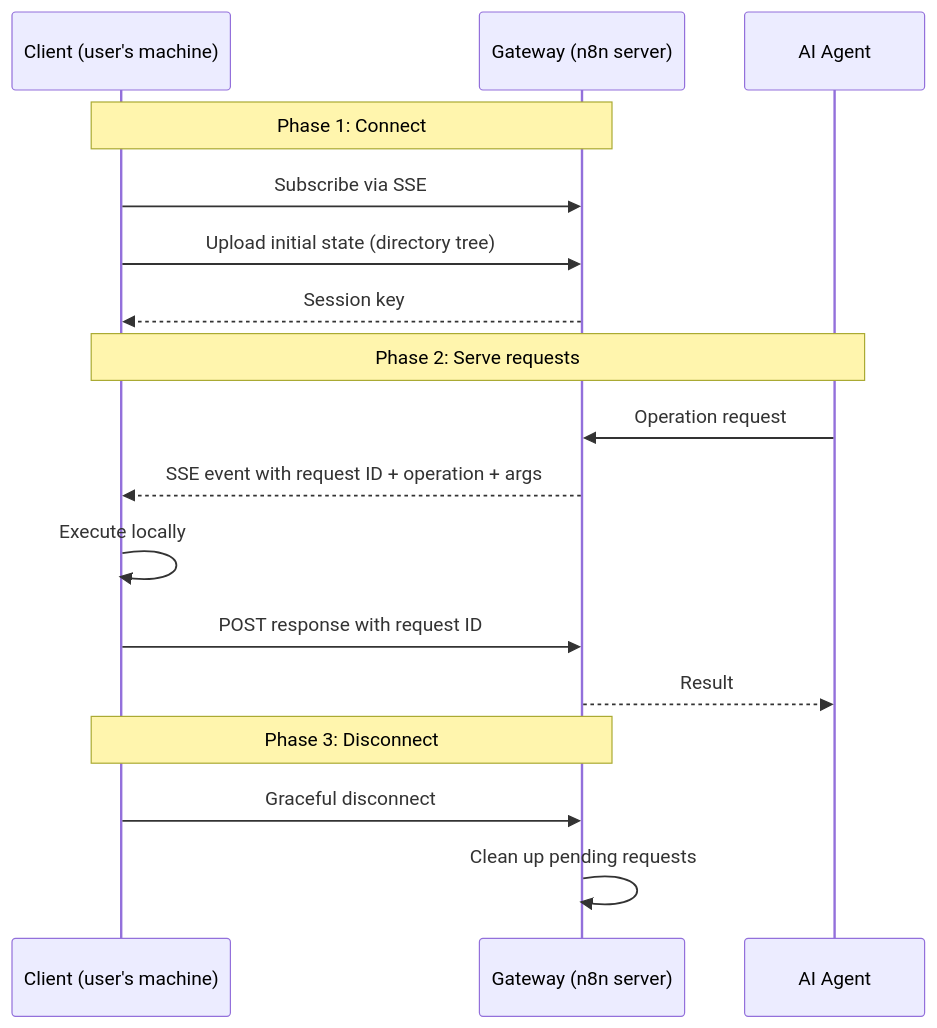
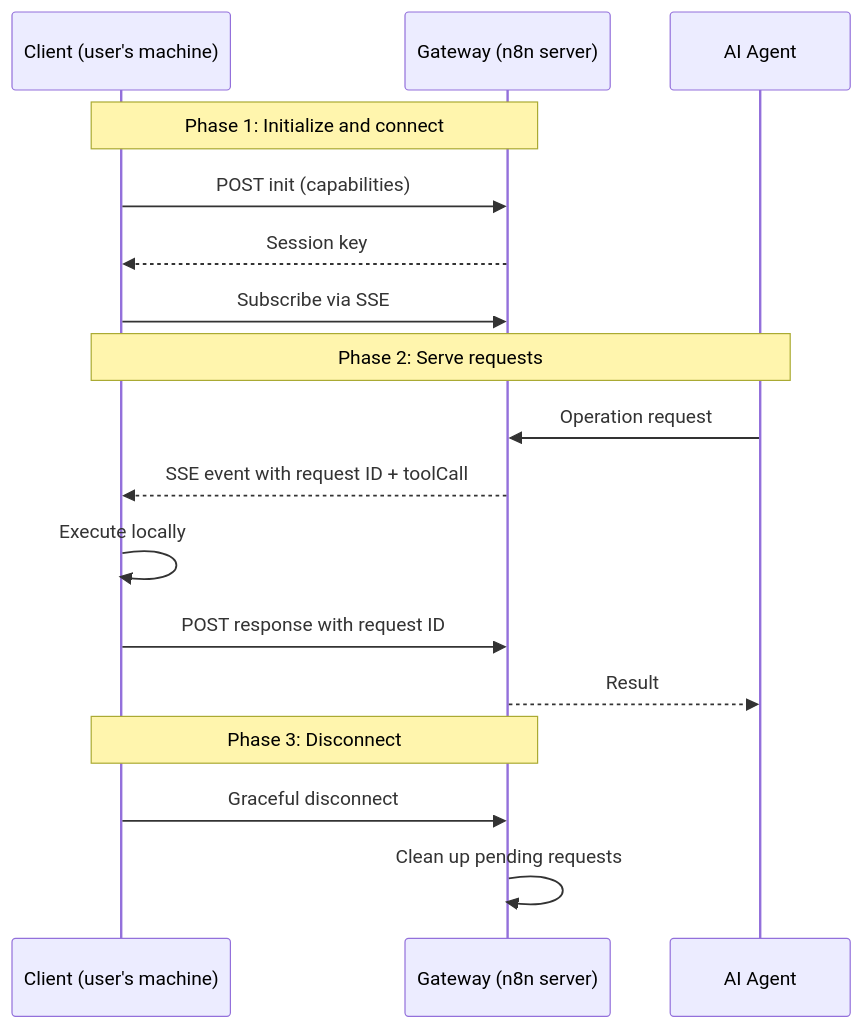
Before and after one commit to mayankjain1815-commits/n8n: the fourth of 4 diagrams in packages/@n8n/instance-ai/docs/filesystem-access.md, drawn with Mermaid. The commit also changed other lines of this file and 5 other files, not shown here.

````diff
--- a/packages/@n8n/instance-ai/docs/filesystem-access.md
+++ b/packages/@n8n/instance-ai/docs/filesystem-access.md
@@ -209,22 +208,22 @@
 ```mermaid
 sequenceDiagram
     participant Client as Client (user's machine)
     participant GW as Gateway (n8n server)
     participant Agent as AI Agent
 
-    Note over Client,GW: Phase 1: Connect
+    Note over Client,GW: Phase 1: Initialize and connect
+    Client->>GW: POST init (capabilities)
+    GW-->>Client: Session key
     Client->>GW: Subscribe via SSE
-    Client->>GW: Upload initial state (directory tree)
-    GW-->>Client: Session key
 
     Note over Agent,Client: Phase 2: Serve requests
     Agent->>GW: Operation request
-    GW-->>Client: SSE event with request ID + operation + args
+    GW-->>Client: SSE event with request ID + toolCall
     Client->>Client: Execute locally
     Client->>GW: POST response with request ID
     GW-->>Agent: Result
 
     Note over Client,GW: Phase 3: Disconnect
     Client->>GW: Graceful disconnect
     GW->>GW: Clean up pending requests
 ```
````
